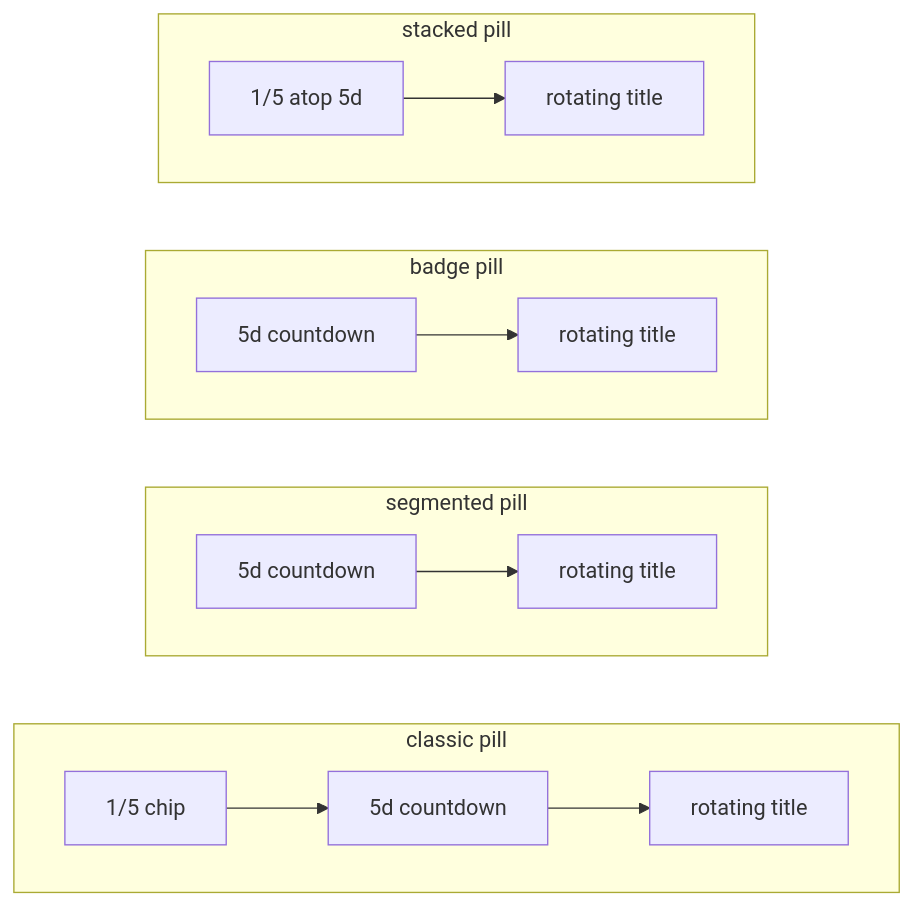
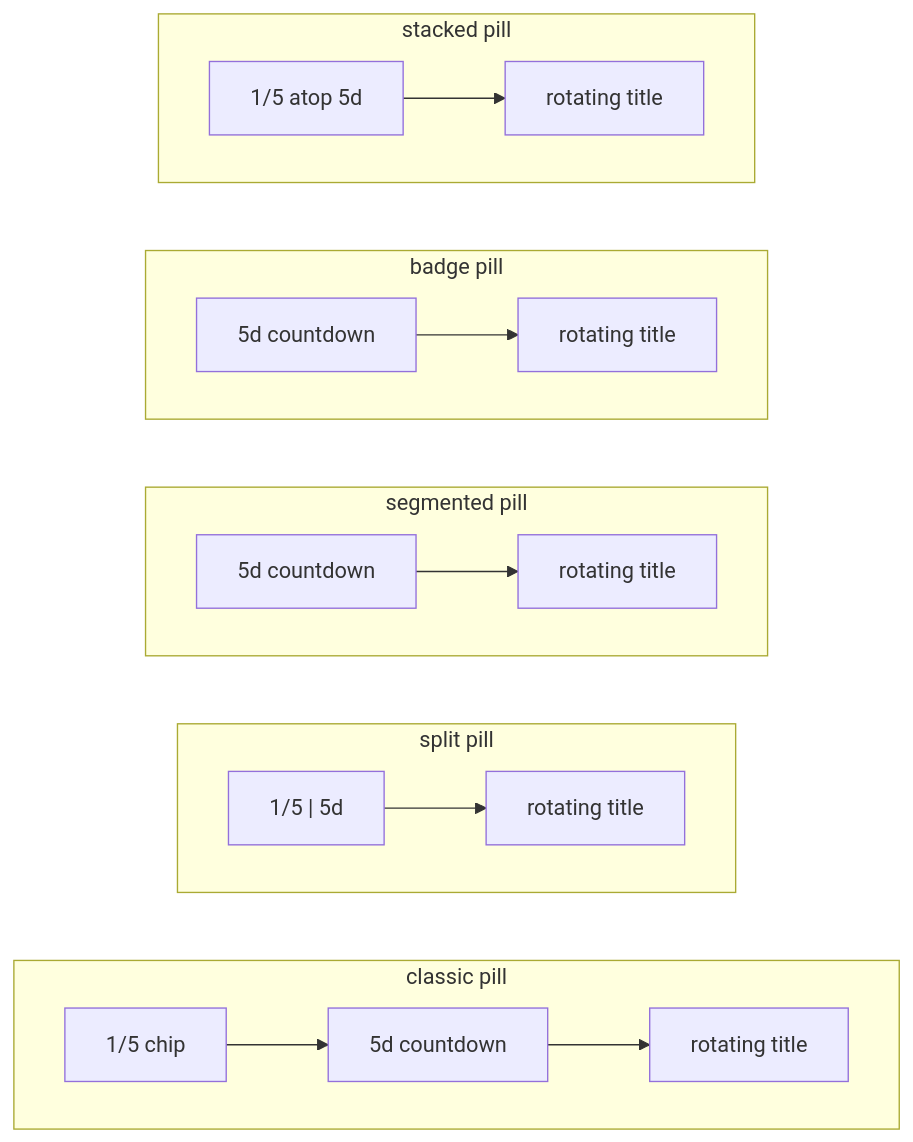
The diagram in docs/pinned-events.md (oncloudnintynineone-source/cloudy2), drawn with Mermaid before and after one commit. The commit also changed other lines of this file and 9 other files, not shown here.

Commit message:
Pinned-events indicator: two-tone split pill (1/N | 5d)

````diff
--- a/docs/pinned-events.md
+++ b/docs/pinned-events.md
@@ -84,19 +85,23 @@
 ```mermaid
 flowchart LR
   subgraph classic["classic pill"]
     direction LR
     C["1/5 chip"] --> D["5d countdown"] --> T["rotating title"]
+  end
+  subgraph splitPill["split pill"]
+    direction LR
+    SP["1/5 | 5d"] --> T5["rotating title"]
   end
   subgraph segmented["segmented pill"]
     direction LR
     D2["5d countdown"] --> T2["rotating title"]
   end
   subgraph badge["badge pill"]
     direction LR
     D3["5d countdown"] --> T3["rotating title"]
   end
   subgraph stacked["stacked pill"]
     direction LR
     S["1/5 atop 5d"] --> T4["rotating title"]
   end
 ```
````
